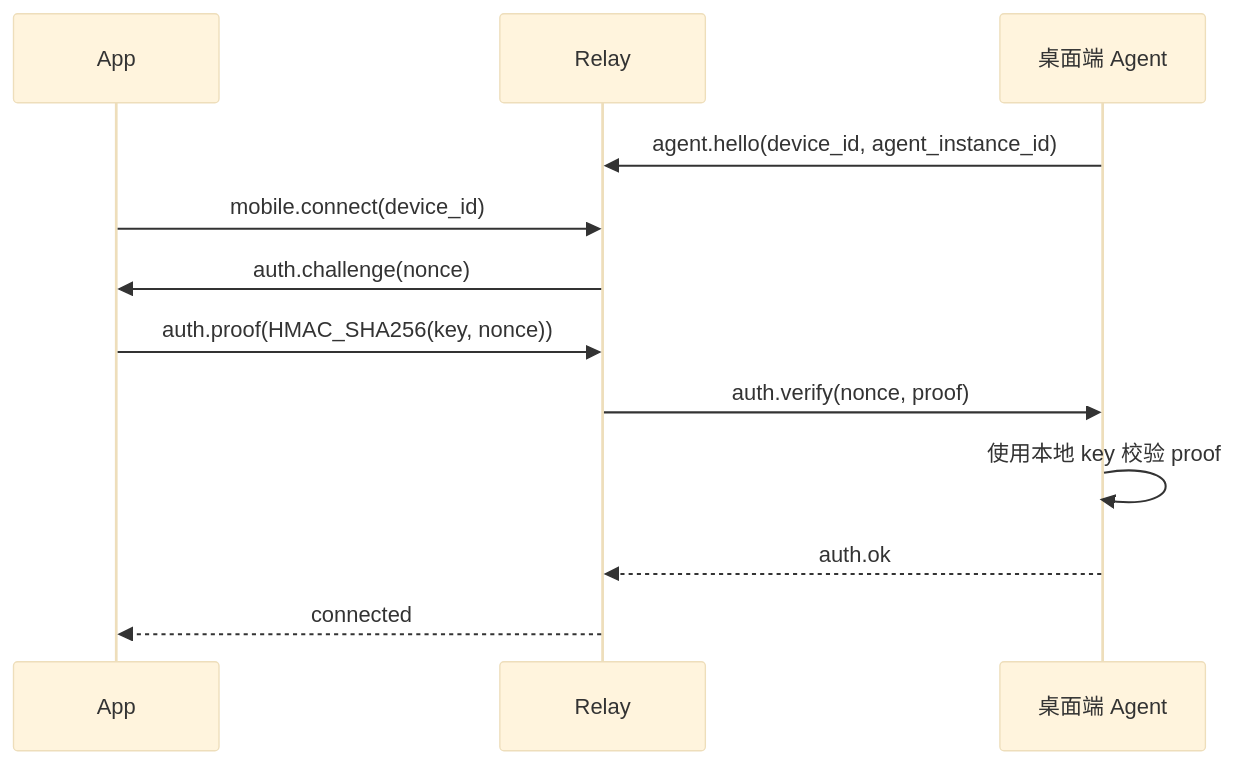
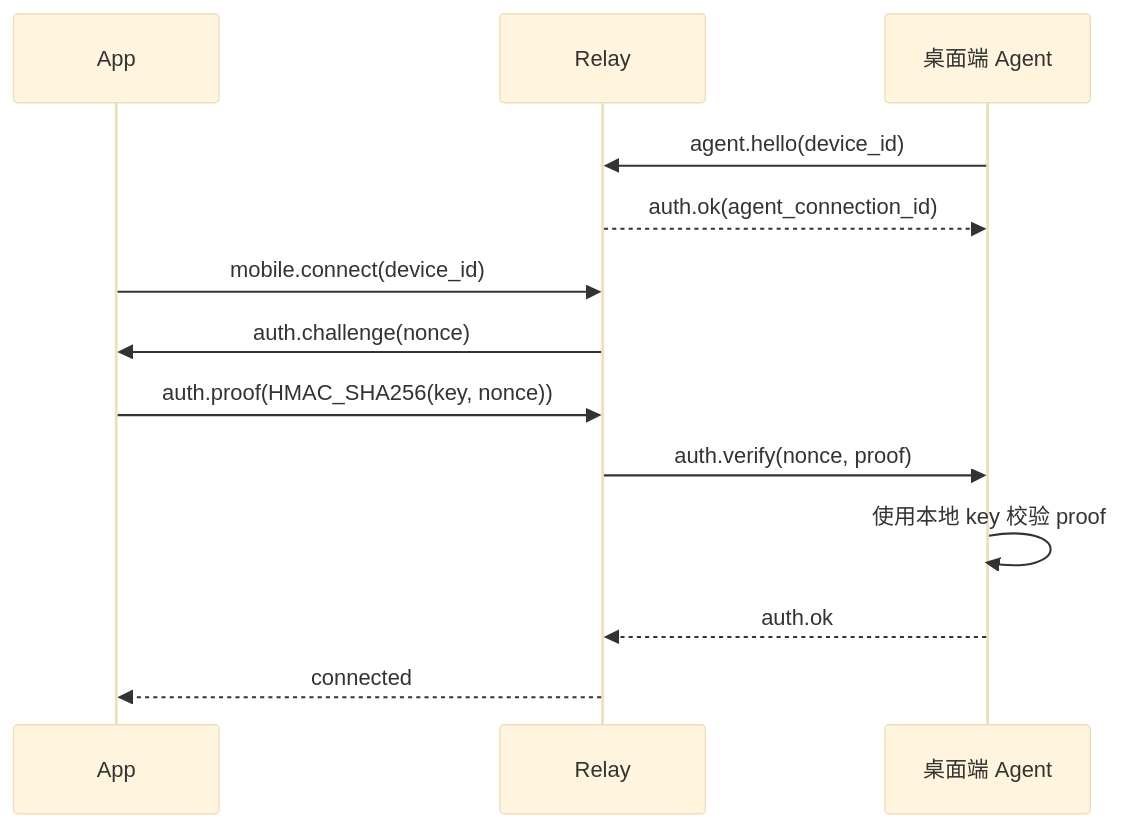
One commit to zhangbozhb/OmniWork changed the diagram in docs/auth-key-design.md. Above: the diagram before and after it, drawn with Mermaid (base theme). The commit also changed other lines of this file and 46 other files, not shown here.

Commit message:
Refactor agent connection identity

````diff
--- a/docs/auth-key-design.md
+++ b/docs/auth-key-design.md
@@ -115,15 +114,16 @@
 ```mermaid
 sequenceDiagram
   participant A as App
   participant R as Relay
   participant M as 桌面端 Agent
 
-  M->>R: agent.hello(device_id, agent_instance_id)
+  M->>R: agent.hello(device_id)
+  R-->>M: auth.ok(agent_connection_id)
   A->>R: mobile.connect(device_id)
   R->>A: auth.challenge(nonce)
   A->>R: auth.proof(HMAC_SHA256(key, nonce))
   R->>M: auth.verify(nonce, proof)
   M->>M: 使用本地 key 校验 proof
   M-->>R: auth.ok
   R-->>A: connected
 ```
````
